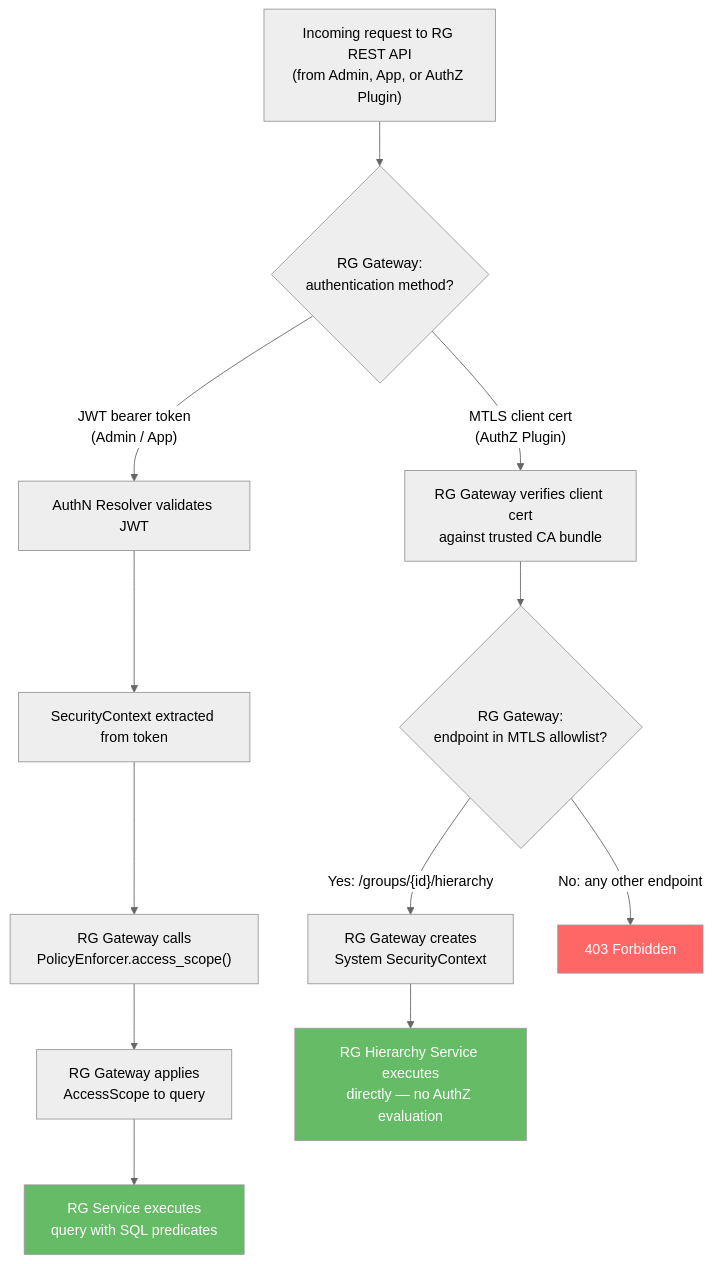
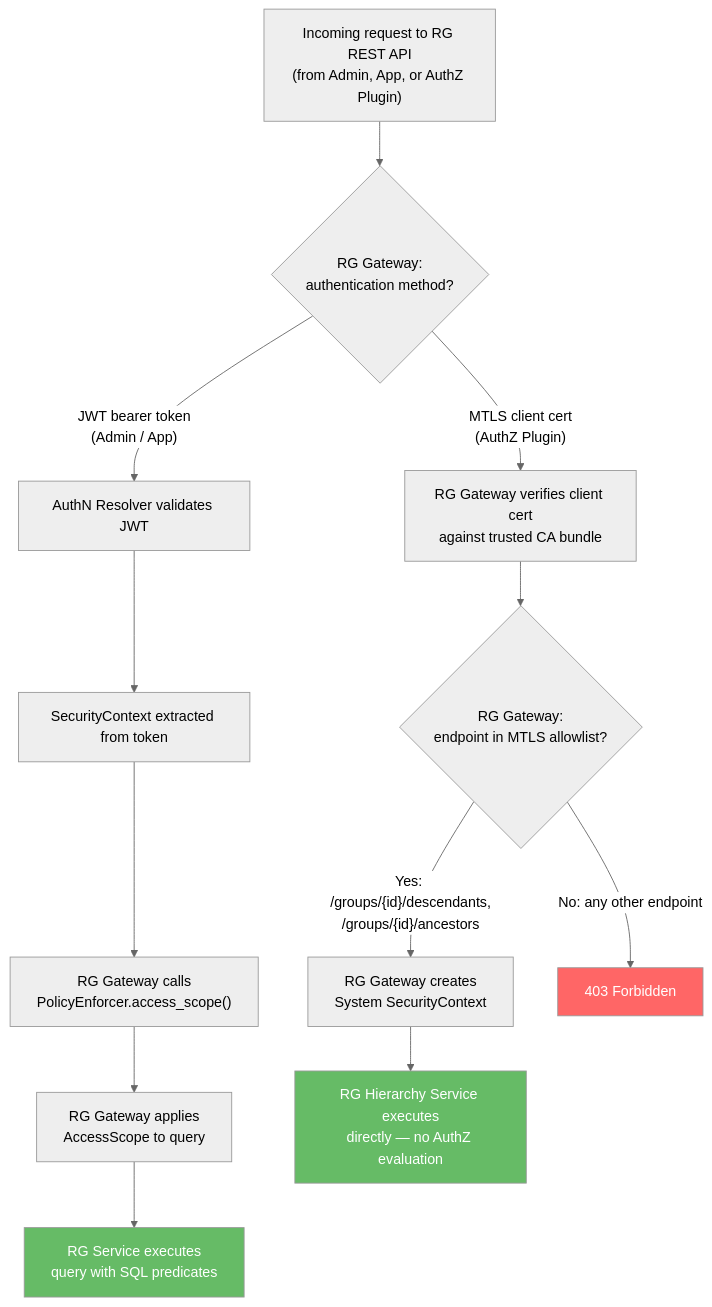
Before and after one commit to constructorfabric/gears-rust: the sixth of 8 diagrams in modules/system/resource-group/docs/DESIGN.md, drawn with Mermaid (neutral theme). The commit also changed other lines of this file and 31 other files, not shown here.

First line of the commit message:
refactor(resource-group): split list_group_depth into get_group_descendants/get_group_ancestors

````diff
--- a/modules/system/resource-group/docs/DESIGN.md
+++ b/modules/system/resource-group/docs/DESIGN.md
@@ -890,20 +895,20 @@
 ```mermaid
 flowchart TD
     REQ["Incoming request to RG REST API<br/>(from Admin, App, or AuthZ Plugin)"] --> AUTH_CHECK{RG Gateway:<br/>authentication method?}
 
     AUTH_CHECK -->|"JWT bearer token<br/>(Admin / App)"| JWT_PATH[AuthN Resolver validates JWT]
     JWT_PATH --> SEC_CTX[SecurityContext extracted from token]
     SEC_CTX --> AUTHZ["RG Gateway calls<br/>PolicyEnforcer.access_scope()"]
     AUTHZ --> CONSTRAINTS[RG Gateway applies<br/>AccessScope to query]
     CONSTRAINTS --> EXEC["RG Service executes<br/>query with SQL predicates"]
 
     AUTH_CHECK -->|"MTLS client cert<br/>(AuthZ Plugin)"| MTLS_PATH["RG Gateway verifies client cert<br/>against trusted CA bundle"]
     MTLS_PATH --> ENDPOINT_CHECK{RG Gateway:<br/>endpoint in MTLS allowlist?}
-    ENDPOINT_CHECK -->|"Yes: /groups/{id}/hierarchy"| SYSTEM_CTX["RG Gateway creates<br/>System SecurityContext"]
+    ENDPOINT_CHECK -->|"Yes: /groups/{id}/descendants,<br/>/groups/{id}/ancestors"| SYSTEM_CTX["RG Gateway creates<br/>System SecurityContext"]
     SYSTEM_CTX --> EXEC_DIRECT["RG Hierarchy Service executes<br/>directly — no AuthZ evaluation"]
     ENDPOINT_CHECK -->|No: any other endpoint| REJECT[403 Forbidden]
 
     style REJECT fill:#f66,color:#fff
     style EXEC_DIRECT fill:#6b6,color:#fff
     style EXEC fill:#6b6,color:#fff
 ```
````
